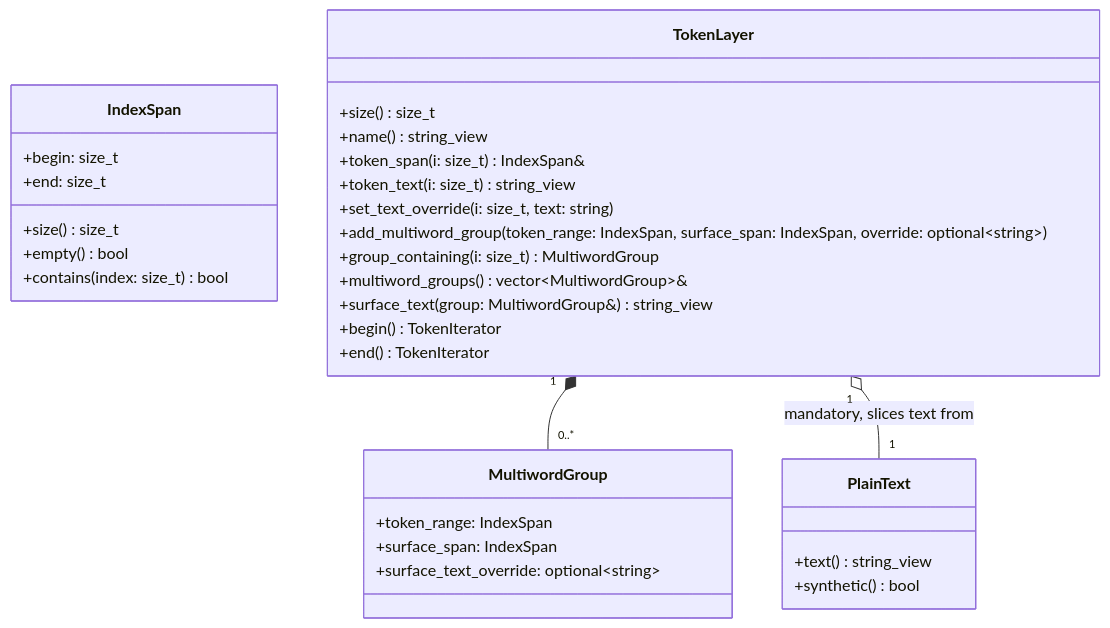
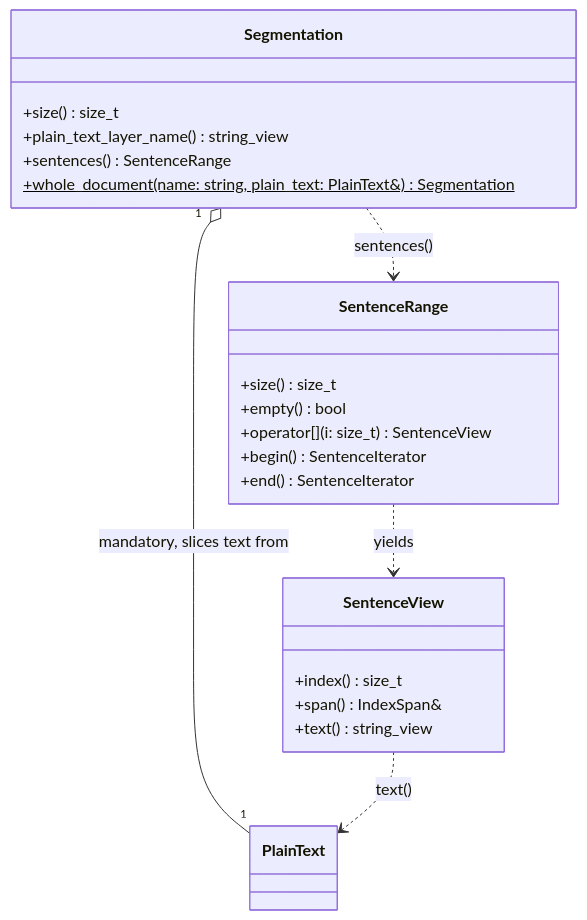
One commit to ufal/linpipe changed the third of 4 diagrams in docs/src/dev/segmentation_tokenization.md. Above: the diagram before and after it, drawn with Mermaid. The commit also changed other lines of this file, not shown here.

Commit message:
Added Segmentation design suggestions.

````diff
--- a/docs/src/dev/segmentation_tokenization.md
+++ b/docs/src/dev/segmentation_tokenization.md
@@ -57,39 +45,29 @@
 ```mermaid
 classDiagram
 
-  class PlainText {
-    +text() string_view
-    +synthetic() bool
-  }
+    class Segmentation {
+        +size() size_t
+        +plain_text_layer_name() string_view
+        +sentences() SentenceRange
+        +whole_document(name: string, plain_text: PlainText&) Segmentation$
+      }
 
-  class IndexSpan {
-    +begin: size_t
-    +end: size_t
-    +size() size_t
-    +empty() bool
-    +contains(index: size_t) bool
-  }
+    class SentenceView {
+        +index() size_t
+        +span() IndexSpan&
+        +text() string_view
+      }
 
-  class TokenLayer {
-    +size() size_t
-    +name() string_view
-    +token_span(i: size_t) IndexSpan&
-    +token_text(i: size_t) string_view
-    +set_text_override(i: size_t, text: string)
-    +add_multiword_group(token_range: IndexSpan, surface_span: IndexSpan, override: optional~string~)
-    +group_containing(i: size_t) MultiwordGroup
-    +multiword_groups() vector~MultiwordGroup~&
-    +surface_text(group: MultiwordGroup&) string_view
-    +begin() TokenIterator
-    +end() TokenIterator
-  }
+    class SentenceRange {
+        +size() size_t
+        +empty() bool
+        +operator[](i: size_t) SentenceView
+        +begin() SentenceIterator
+        +end() SentenceIterator
+    }
 
-  class MultiwordGroup {
-    +token_range: IndexSpan
-    +surface_span: IndexSpan
-    +surface_text_override: optional~string~
-  }
-
-  TokenLayer "1" *-- "0..*" MultiwordGroup
-  TokenLayer "1" o-- "1" PlainText : mandatory, slices text from
+    Segmentation "1" o-- "1" PlainText : mandatory, slices text from
+    Segmentation ..> SentenceRange : sentences()
+    SentenceRange ..> SentenceView : yields
+    SentenceView ..> PlainText : text()
 ```
````
